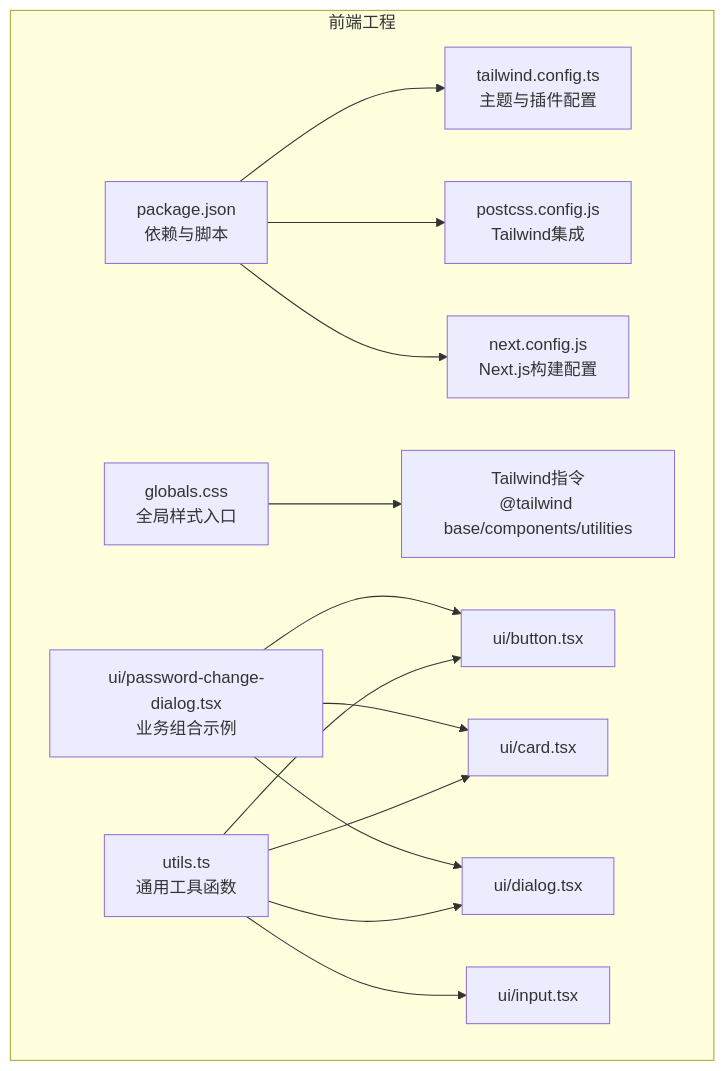
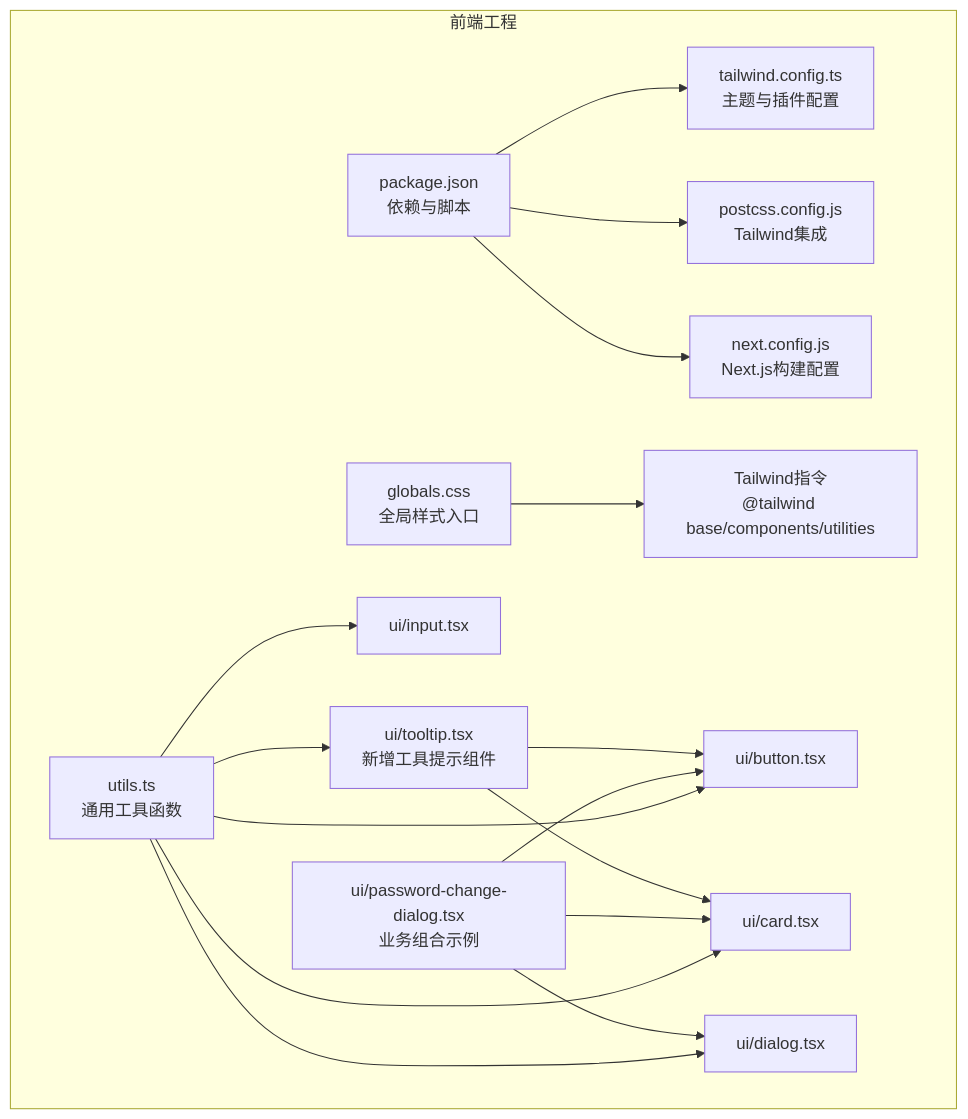
Before and after one commit to zmdhdu/NexusCockpit: the first of 9 diagrams in .qoder/repowiki/zh/content/前端应用架构/UI组件系统.md, drawn with Mermaid. The commit also changed other lines of this file and 16 other files, not shown here.

````diff
--- a/.qoder/repowiki/zh/content/前端应用架构/UI组件系统.md
+++ b/.qoder/repowiki/zh/content/前端应用架构/UI组件系统.md
@@ -36,16 +44,19 @@
 ```mermaid
 graph TB
 subgraph "前端工程"
 A["package.json<br/>依赖与脚本"] --> B["tailwind.config.ts<br/>主题与插件配置"]
 A --> C["postcss.config.js<br/>Tailwind集成"]
 A --> D["next.config.js<br/>Next.js构建配置"]
 E["globals.css<br/>全局样式入口"] --> F["Tailwind指令<br/>@tailwind base/components/utilities"]
 G["utils.ts<br/>通用工具函数"] --> H["ui/button.tsx"]
 G --> I["ui/card.tsx"]
 G --> J["ui/dialog.tsx"]
 G --> K["ui/input.tsx"]
-L["ui/password-change-dialog.tsx<br/>业务组合示例"] --> H
+G --> L["ui/tooltip.tsx<br/>新增工具提示组件"]
+M["ui/password-change-dialog.tsx<br/>业务组合示例"] --> H
+M --> I
+M --> J
+L --> H
 L --> I
-L --> J
 end
 ```
````
